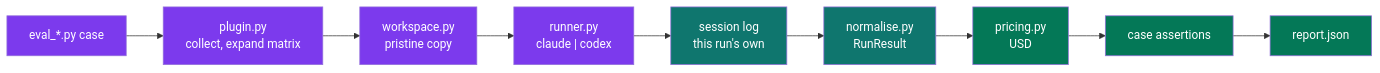
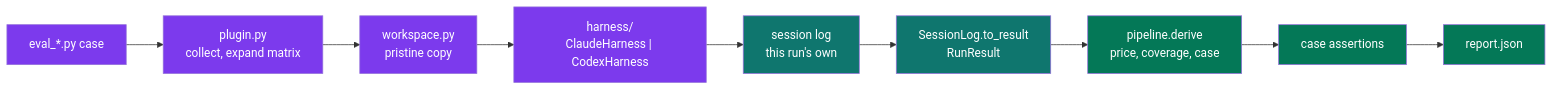
Before and after one commit to neozenith/pytest-xharness-eval: the first of 3 diagrams in ARCHITECTURE.md, drawn with Mermaid. The commit also changed other lines of this file and 124 other files, not shown here.

````diff
--- a/ARCHITECTURE.md
+++ b/ARCHITECTURE.md
@@ -13,21 +13,21 @@
 ```mermaid
 flowchart LR
     CASE["eval_*.py case"]
     PLUG["plugin.py<br/>collect, expand matrix"]
     WS["workspace.py<br/>pristine copy"]
-    RUN["runner.py<br/>claude | codex"]
+    RUN["harness/<br/>ClaudeHarness | CodexHarness"]
     LOG["session log<br/>this run's own"]
-    NORM["normalise.py<br/>RunResult"]
-    PRICE["pricing.py<br/>USD"]
+    NORM["SessionLog.to_result<br/>RunResult"]
+    PRICE["pipeline.derive<br/>price, coverage, case"]
     GRADE["case assertions"]
     REP["report.json"]
 
     CASE --> PLUG --> WS --> RUN --> LOG --> NORM --> PRICE --> GRADE --> REP
 
     classDef new fill:#7c3aed,color:#fff
     classDef data fill:#0f766e,color:#fff
     classDef good fill:#047857,color:#fff
     class CASE,PLUG,WS,RUN new
     class LOG,NORM data
     class PRICE,GRADE,REP good
 ```
````
